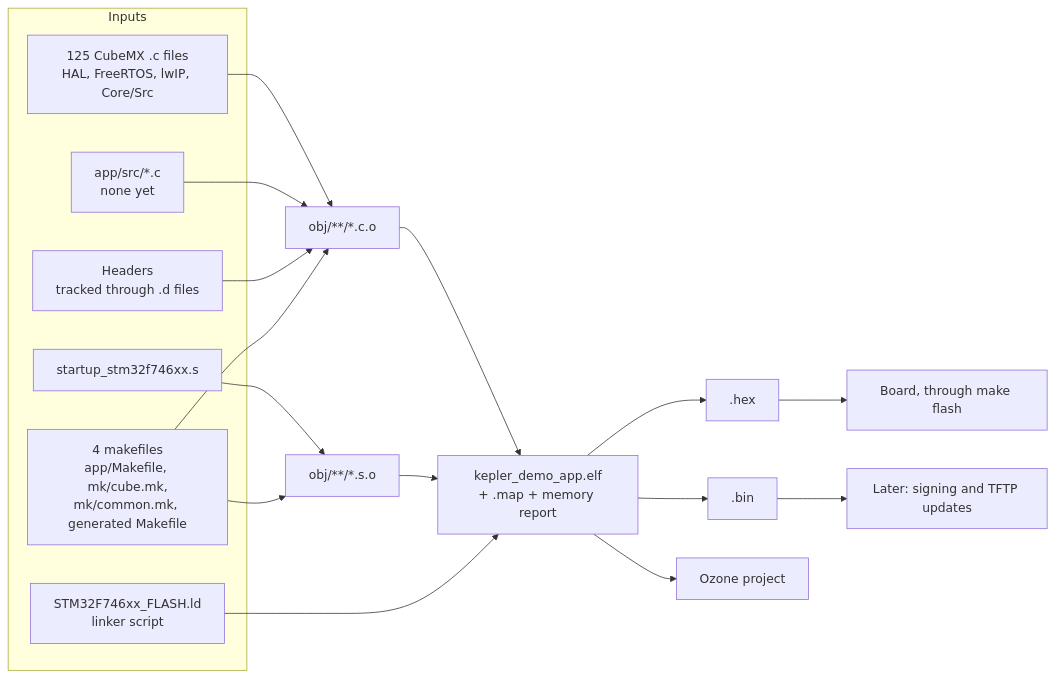
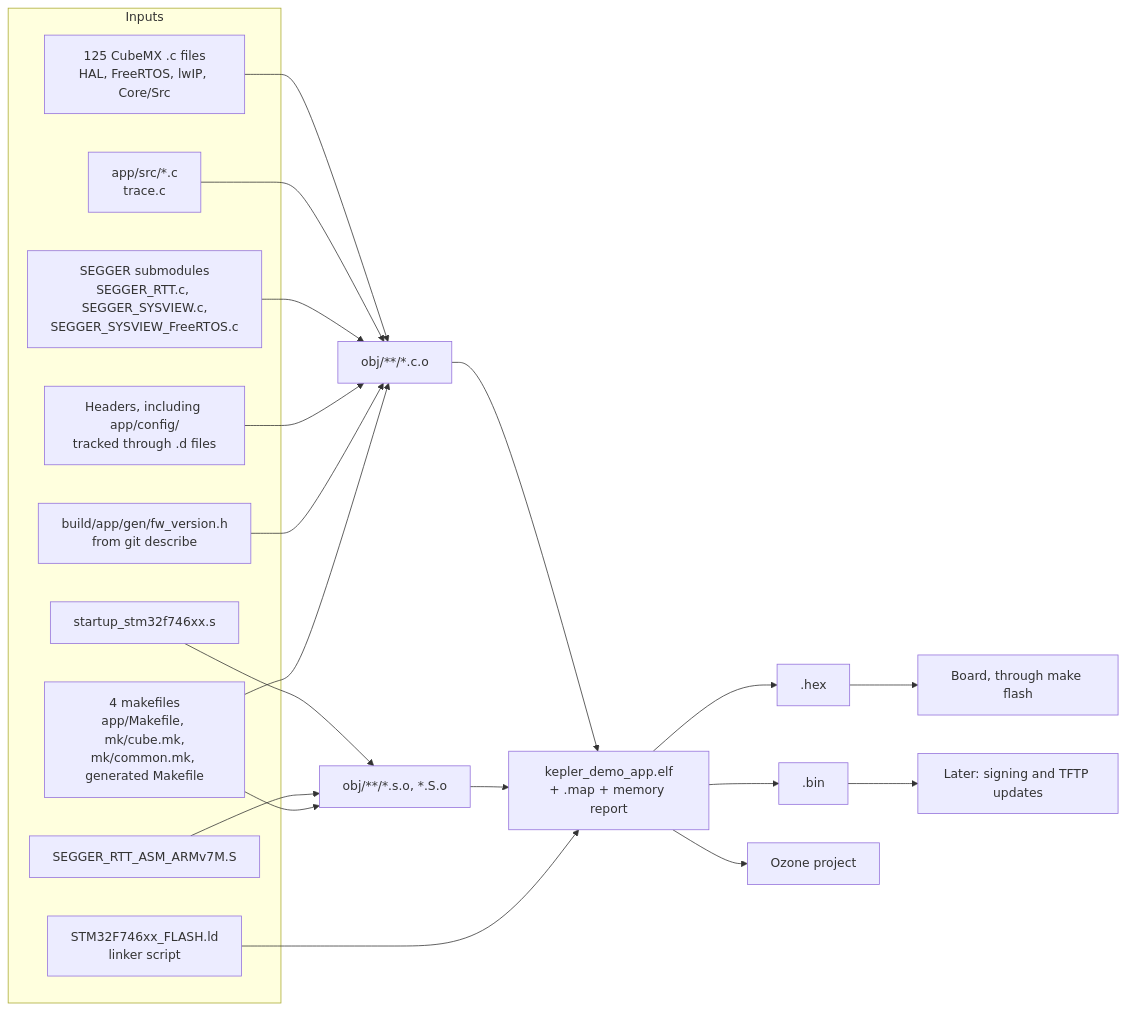
One commit to floriangmeiner/demo_project_kci changed the third of 4 diagrams in documentation/build_dependency_map.md. Above: the diagram before and after it, drawn with Mermaid. The commit also changed other lines of this file and 17 other files, not shown here.

````diff
--- a/documentation/build_dependency_map.md
+++ b/documentation/build_dependency_map.md
@@ -66,25 +66,31 @@
 ```mermaid
 flowchart LR
   subgraph IN["Inputs"]
     CS["125 CubeMX .c files<br/>HAL, FreeRTOS, lwIP, Core/Src"]
-    APS["app/src/*.c<br/>none yet"]
+    APS["app/src/*.c<br/>trace.c"]
+    SG["SEGGER submodules<br/>SEGGER_RTT.c, SEGGER_SYSVIEW.c,<br/>SEGGER_SYSVIEW_FreeRTOS.c"]
+    SGS["SEGGER_RTT_ASM_ARMv7M.S"]
     AS["startup_stm32f746xx.s"]
-    H["Headers<br/>tracked through .d files"]
+    H["Headers, including app/config/<br/>tracked through .d files"]
+    VER["build/app/gen/fw_version.h<br/>from git describe"]
     MK["4 makefiles<br/>app/Makefile, mk/cube.mk,<br/>mk/common.mk, generated Makefile"]
     LD["STM32F746xx_FLASH.ld<br/>linker script"]
   end
   CS --> CO["obj/**/*.c.o"]
   APS --> CO
+  SG --> CO
   H --> CO
-  AS --> SO["obj/**/*.s.o"]
+  VER --> CO
+  AS --> SO["obj/**/*.s.o, *.S.o"]
+  SGS --> SO
   MK --> CO
   MK --> SO
   CO --> E["kepler_demo_app.elf<br/>+ .map + memory report"]
   SO --> E
   LD --> E
   E --> HEX[".hex"]
   E --> BIN[".bin"]
   HEX --> BOARD["Board, through make flash"]
   E --> OZ["Ozone project"]
   BIN --> LATER["Later: signing and TFTP updates"]
 ```
````
